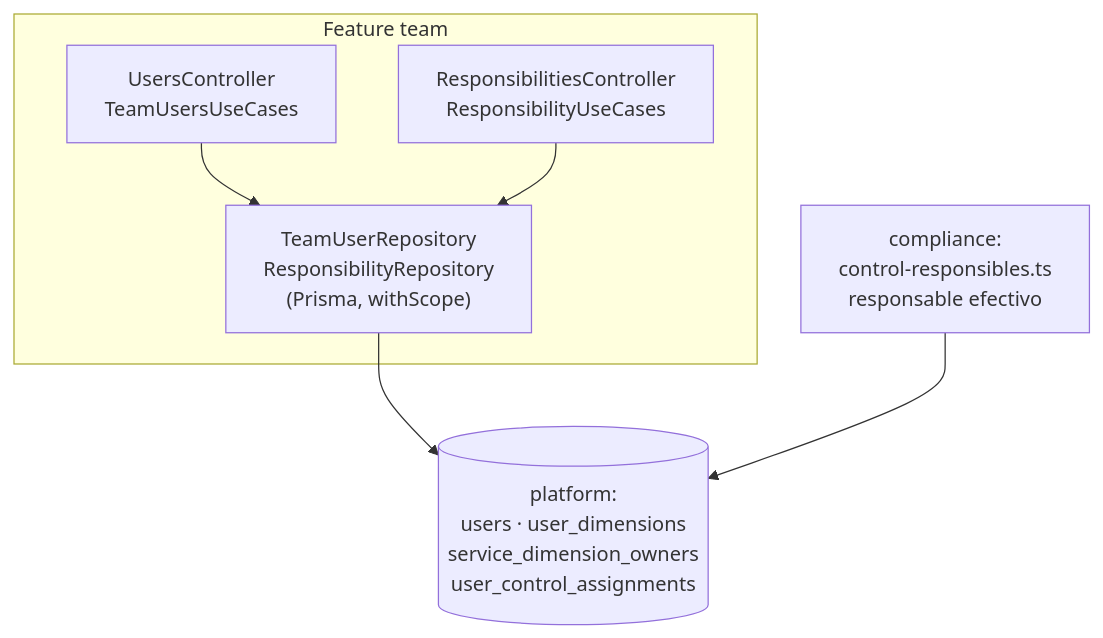
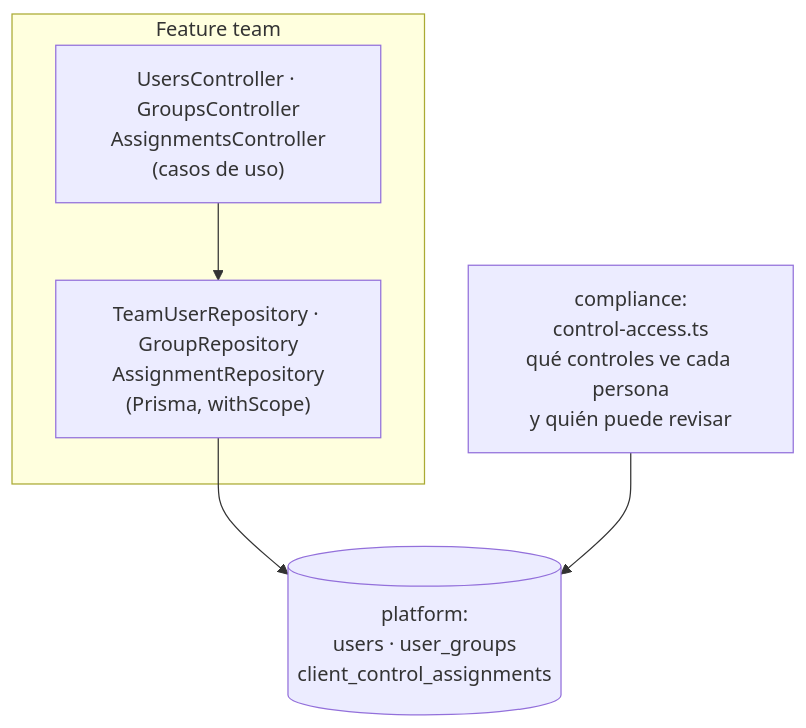
One commit to Monkey-GRC/Monkey-Brain-IA changed the second of 2 diagrams in skills/product/monkey-compliance-council/references/arquitectura/gestion-usuarios/01-c4.md. Above: the diagram before and after it, drawn with Mermaid. The commit also changed other lines of this file and 39 other files, not shown here.

````diff
--- a/skills/product/monkey-compliance-council/references/arquitectura/gestion-usuarios/01-c4.md
+++ b/skills/product/monkey-compliance-council/references/arquitectura/gestion-usuarios/01-c4.md
@@ -27,14 +34,12 @@
 ```mermaid
 flowchart TB
     subgraph team["Feature team"]
-        uc["UsersController<br/>TeamUsersUseCases"]
-        rc["ResponsibilitiesController<br/>ResponsibilityUseCases"]
-        repo["TeamUserRepository<br/>ResponsibilityRepository<br/>(Prisma, withScope)"]
+        uc["UsersController · GroupsController<br/>AssignmentsController<br/>(casos de uso)"]
+        repo["TeamUserRepository · GroupRepository<br/>AssignmentRepository<br/>(Prisma, withScope)"]
     end
-    cr["compliance:<br/>control-responsibles.ts<br/>responsable efectivo"]
-    db[("platform:<br/>users · user_dimensions<br/>service_dimension_owners<br/>user_control_assignments")]
+    cr["compliance:<br/>control-access.ts<br/>qué controles ve cada persona<br/>y quién puede revisar"]
+    db[("platform:<br/>users · user_groups<br/>client_control_assignments")]
     uc --> repo
-    rc --> repo
     repo --> db
     cr --> db
 ```
````
